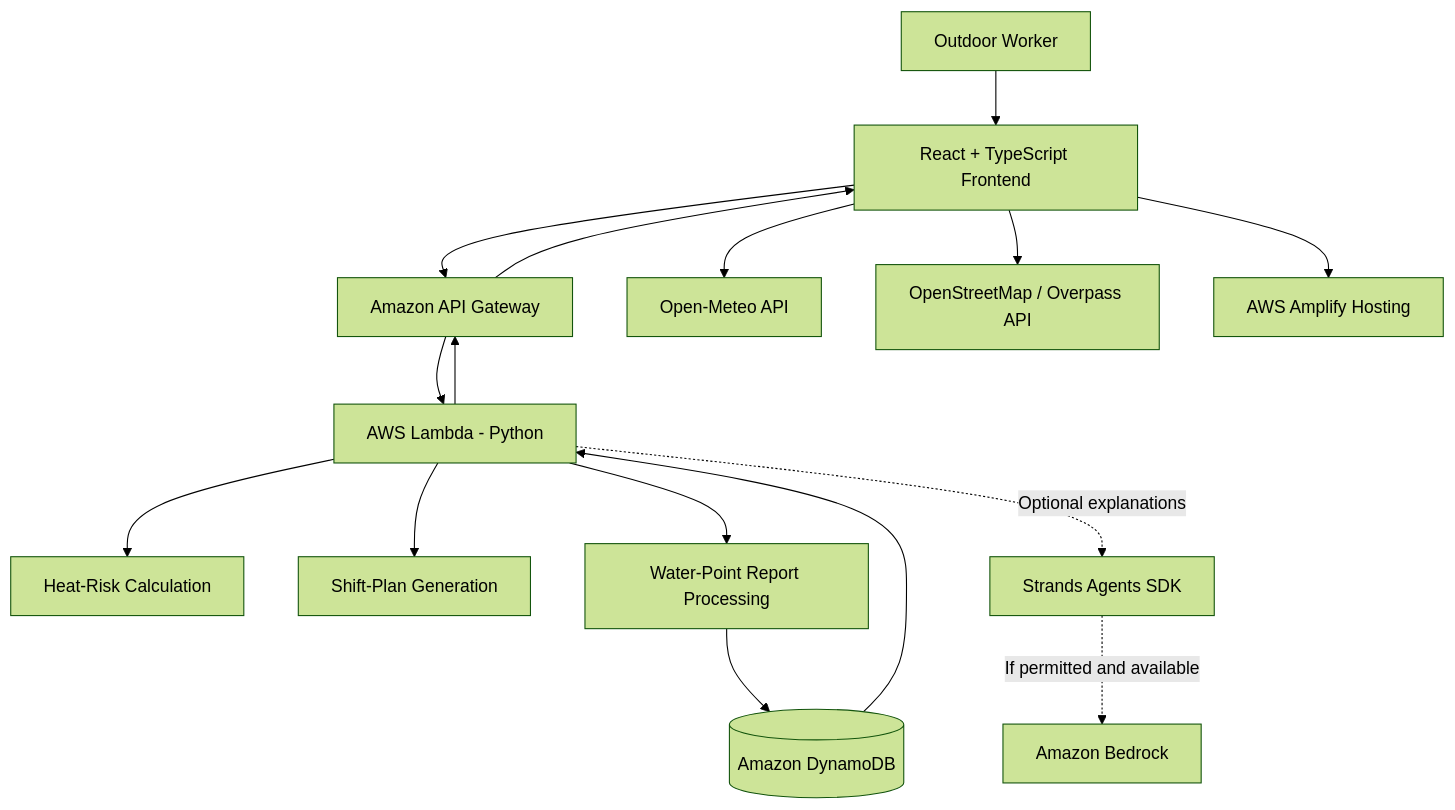
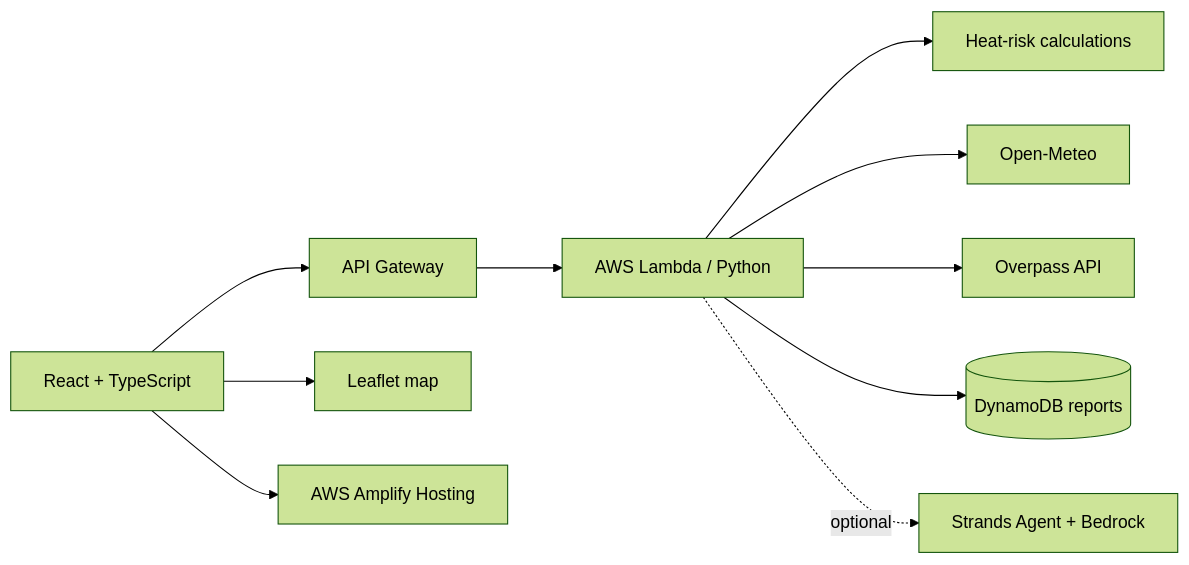
One commit to Alcatraz234156/CycleProof changed the diagram in README.md. Above: the diagram before and after it, drawn with Mermaid (forest theme). The commit also changed other lines of this file, not shown here.

````diff
--- a/README.md
+++ b/README.md
@@ -91,23 +22,12 @@
 ```mermaid
-flowchart TD
-    U[Outdoor Worker] --> FE[React + TypeScript Frontend]
-
-    FE --> API[Amazon API Gateway]
-    FE --> WX[Open-Meteo API]
-    FE --> MAP[OpenStreetMap / Overpass API]
-
-    API --> L[AWS Lambda - Python]
-    L --> H[Heat-Risk Calculation]
-    L --> SP[Shift-Plan Generation]
-    L --> WP[Water-Point Report Processing]
-
-    WP --> DB[(Amazon DynamoDB)]
-    DB --> L
-    L --> API
-    API --> FE
-
-    FE --> HOST[AWS Amplify Hosting]
-
-    L -. Optional explanations .-> AG[Strands Agents SDK]
-    AG -. If permitted and available .-> BR[Amazon Bedrock]
+flowchart LR
+    Browser[React + TypeScript] --> API[API Gateway]
+    API --> Lambda[AWS Lambda / Python]
+    Lambda --> Risk[Heat-risk calculations]
+    Lambda --> Weather[Open-Meteo]
+    Lambda --> Water[Overpass API]
+    Lambda --> DynamoDB[(DynamoDB reports)]
+    Lambda -. optional .-> Agent[Strands Agent + Bedrock]
+    Browser --> Map[Leaflet map]
+    Browser --> Amplify[AWS Amplify Hosting]
 ```
````
